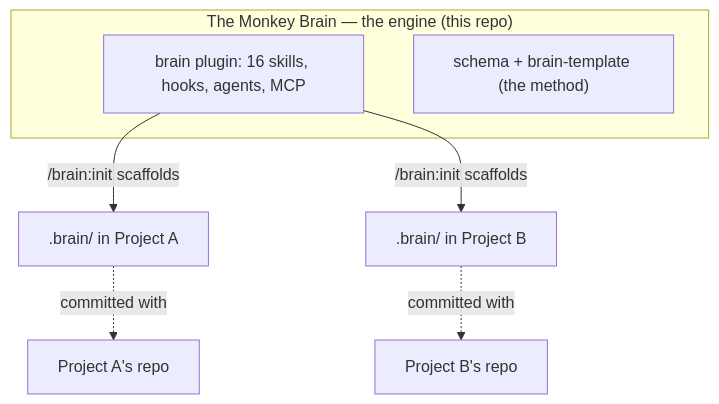
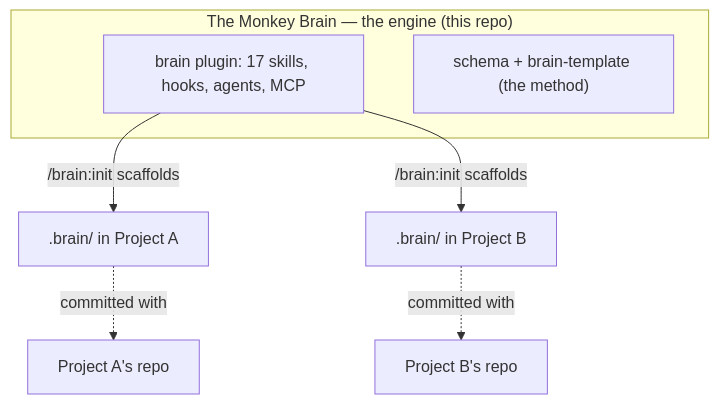
Before and after one commit to NeamulMorshed/The-Monkey-Brain: the second of 2 diagrams in README.md, drawn with Mermaid. The commit also changed other lines of this file and 15 other files, not shown here.

````diff
--- a/README.md
+++ b/README.md
@@ -220,11 +223,11 @@
 ```mermaid
 flowchart TB
     subgraph Engine["The Monkey Brain — the engine (this repo)"]
-        P["brain plugin: 16 skills, hooks, agents, MCP"]
+        P["brain plugin: 17 skills, hooks, agents, MCP"]
         BT["schema + brain-template (the method)"]
     end
     P -->|/brain:init scaffolds| I1[".brain/ in Project A"]
     P -->|/brain:init scaffolds| I2[".brain/ in Project B"]
     I1 -.committed with.-> RA["Project A's repo"]
     I2 -.committed with.-> RB["Project B's repo"]
 ```
````
